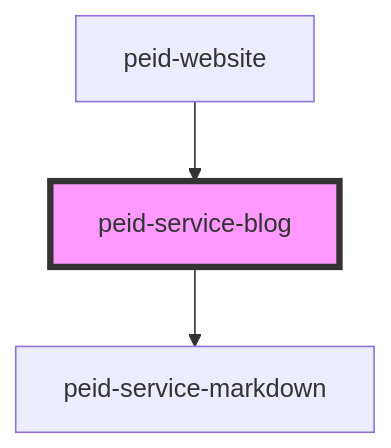
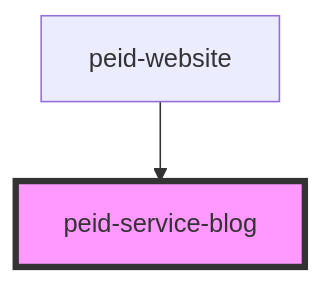
Before and after one commit to peidesign/princeedwardisland.design: the diagram in packages/website/src/app/services/blog/readme.md, drawn with Mermaid. The commit also changed other lines of this file and 3 other files, not shown here.

````diff
--- a/packages/website/src/app/services/blog/readme.md
+++ b/packages/website/src/app/services/blog/readme.md
@@ -32,6 +36,5 @@
 ```mermaid
 graph TD;
-  peid-service-blog --> peid-service-markdown
   peid-website --> peid-service-blog
   style peid-service-blog fill:#f9f,stroke:#333,stroke-width:4px
 ```
````
